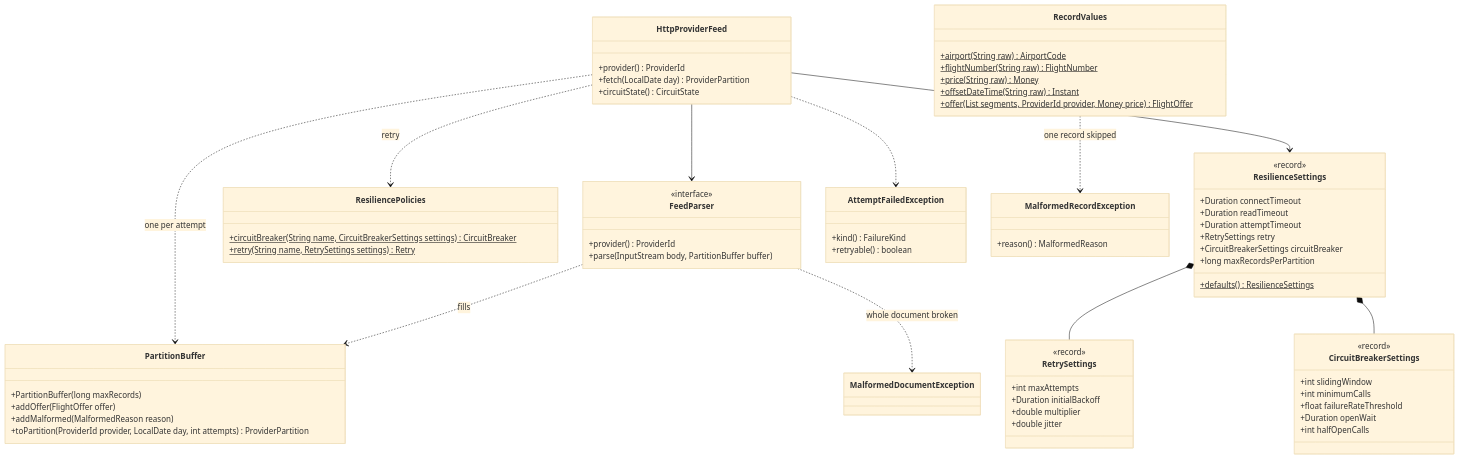
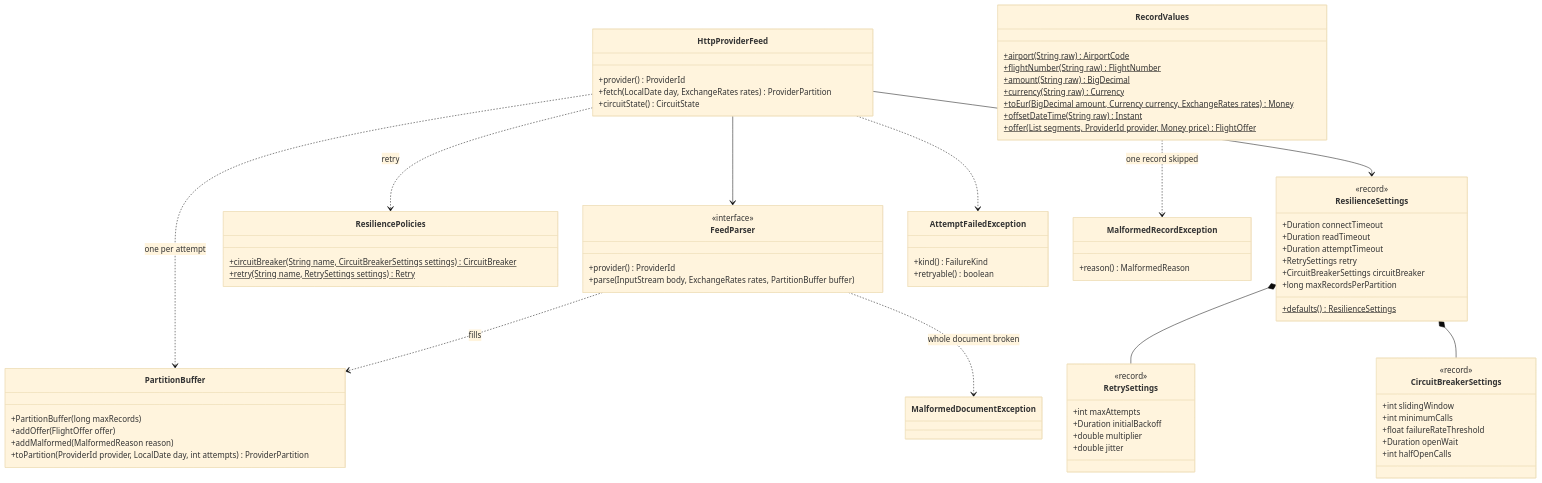
Before and after one commit to andresps980/flight-aggregator: the first of 3 diagrams in docs/architecture/packages/flight-aggregator/ingestion-infrastructure-out-provider.md, drawn with Mermaid (base theme). The commit also changed other lines of this file and 14 other files, not shown here.

Commit message:
docs: spec 008 in usage, providers, architecture, SOLUTION.md and README; compose mixes currencies, CI uses the FX double

````diff
--- a/docs/architecture/packages/flight-aggregator/ingestion-infrastructure-out-provider.md
+++ b/docs/architecture/packages/flight-aggregator/ingestion-infrastructure-out-provider.md
@@ -15,75 +17,77 @@
 ```mermaid
 classDiagram
     %% package: com.andresps.flights.ingestion.infrastructure.adapter.out.provider
     class HttpProviderFeed {
         +provider() ProviderId
-        +fetch(LocalDate day) ProviderPartition
+        +fetch(LocalDate day, ExchangeRates rates) ProviderPartition
         +circuitState() CircuitState
     }
     class FeedParser {
         <<interface>>
         +provider() ProviderId
-        +parse(InputStream body, PartitionBuffer buffer)
+        +parse(InputStream body, ExchangeRates rates, PartitionBuffer buffer)
     }
     class PartitionBuffer {
         +PartitionBuffer(long maxRecords)
         +addOffer(FlightOffer offer)
         +addMalformed(MalformedReason reason)
         +toPartition(ProviderId provider, LocalDate day, int attempts) ProviderPartition
     }
     class RecordValues {
         +airport(String raw)$ AirportCode
         +flightNumber(String raw)$ FlightNumber
-        +price(String raw)$ Money
+        +amount(String raw)$ BigDecimal
+        +currency(String raw)$ Currency
+        +toEur(BigDecimal amount, Currency currency, ExchangeRates rates)$ Money
         +offsetDateTime(String raw)$ Instant
         +offer(List segments, ProviderId provider, Money price)$ FlightOffer
     }
     class ResiliencePolicies {
         +circuitBreaker(String name, CircuitBreakerSettings settings)$ CircuitBreaker
         +retry(String name, RetrySettings settings)$ Retry
     }
     class ResilienceSettings {
         <<record>>
         +Duration connectTimeout
         +Duration readTimeout
         +Duration attemptTimeout
         +RetrySettings retry
         +CircuitBreakerSettings circuitBreaker
         +long maxRecordsPerPartition
         +defaults()$ ResilienceSettings
     }
     class RetrySettings {
         <<record>>
         +int maxAttempts
         +Duration initialBackoff
         +double multiplier
         +double jitter
     }
     class CircuitBreakerSettings {
         <<record>>
         +int slidingWindow
         +int minimumCalls
         +float failureRateThreshold
         +Duration openWait
         +int halfOpenCalls
     }
     class AttemptFailedException {
         +kind() FailureKind
         +retryable() boolean
     }
     class MalformedDocumentException
     class MalformedRecordException {
         +reason() MalformedReason
     }
 
     HttpProviderFeed --> FeedParser
     HttpProviderFeed --> ResilienceSettings
     HttpProviderFeed ..> PartitionBuffer : one per attempt
     HttpProviderFeed ..> ResiliencePolicies : retry
     HttpProviderFeed ..> AttemptFailedException
     ResilienceSettings *-- RetrySettings
     ResilienceSettings *-- CircuitBreakerSettings
     FeedParser ..> PartitionBuffer : fills
     FeedParser ..> MalformedDocumentException : whole document broken
     RecordValues ..> MalformedRecordException : one record skipped
 ```
````
